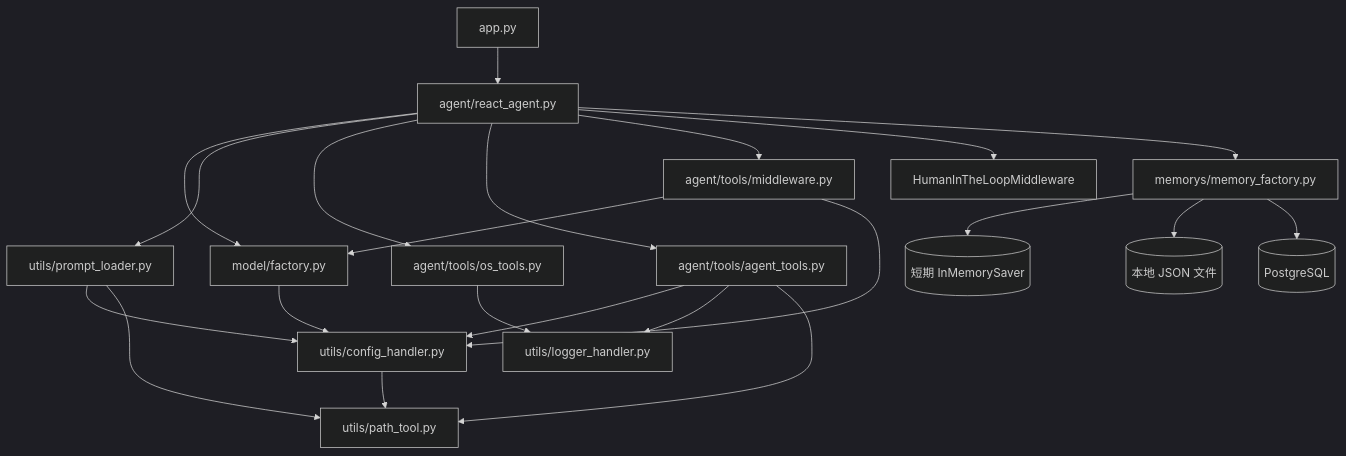
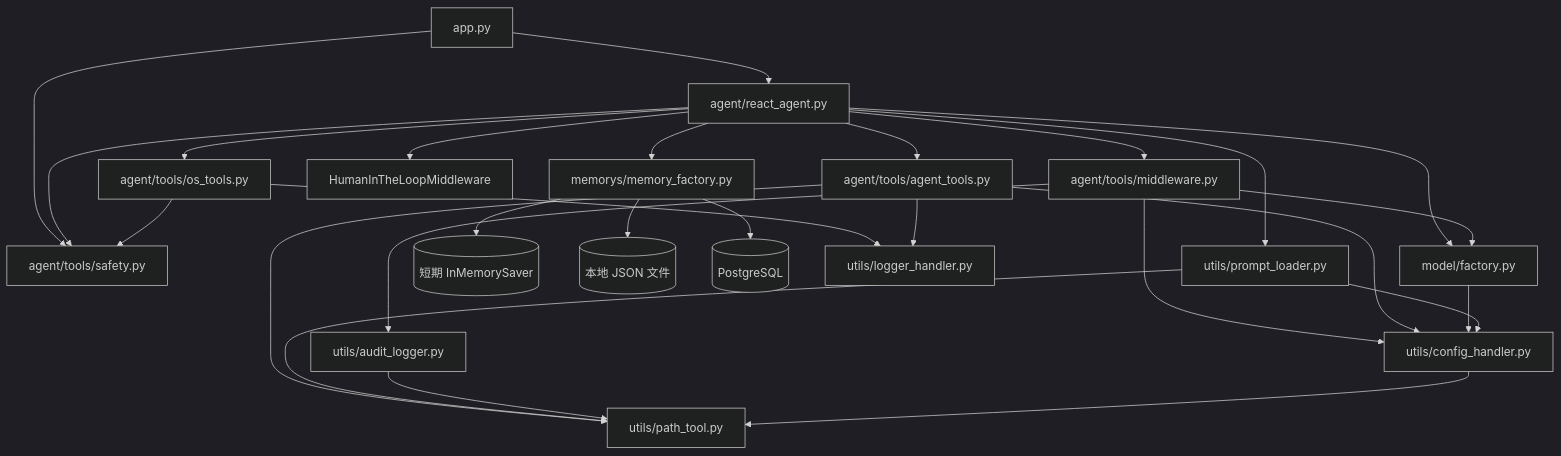
The second of 4 diagrams in docs/ARCHITECTURE.md (AX3031/Hybrid_Agent01), drawn with Mermaid (dark theme) before and after one commit. The commit also changed other lines of this file and 11 other files, not shown here.

````diff
--- a/docs/ARCHITECTURE.md
+++ b/docs/ARCHITECTURE.md
@@ -265,24 +267,29 @@
 ```mermaid
 flowchart TB
     APP[app.py] --> RA[agent/react_agent.py]
+    APP --> SF[agent/tools/safety.py]
     RA --> MF[model/factory.py]
     RA --> PL[utils/prompt_loader.py]
+    RA --> SF
     RA --> OT[agent/tools/os_tools.py]
     RA --> AT[agent/tools/agent_tools.py]
     RA --> MW[agent/tools/middleware.py]
     RA --> HITL[HumanInTheLoopMiddleware]
+    OT --> SF
     MW --> MF
     MW --> CH[utils/config_handler.py]
+    MW --> AL[utils/audit_logger.py]
     RA --> MEM[memorys/memory_factory.py]
     MEM --> IM[(短期 InMemorySaver)]
     MEM --> FJ[(本地 JSON 文件)]
     MEM --> PG[(PostgreSQL)]
     OT --> LG[utils/logger_handler.py]
     AT --> CH
     AT --> LG
     AT --> PT[utils/path_tool.py]
     MF --> CH
     PL --> CH
     PL --> PT
+    AL --> PT
     CH --> PT
 ```
````
